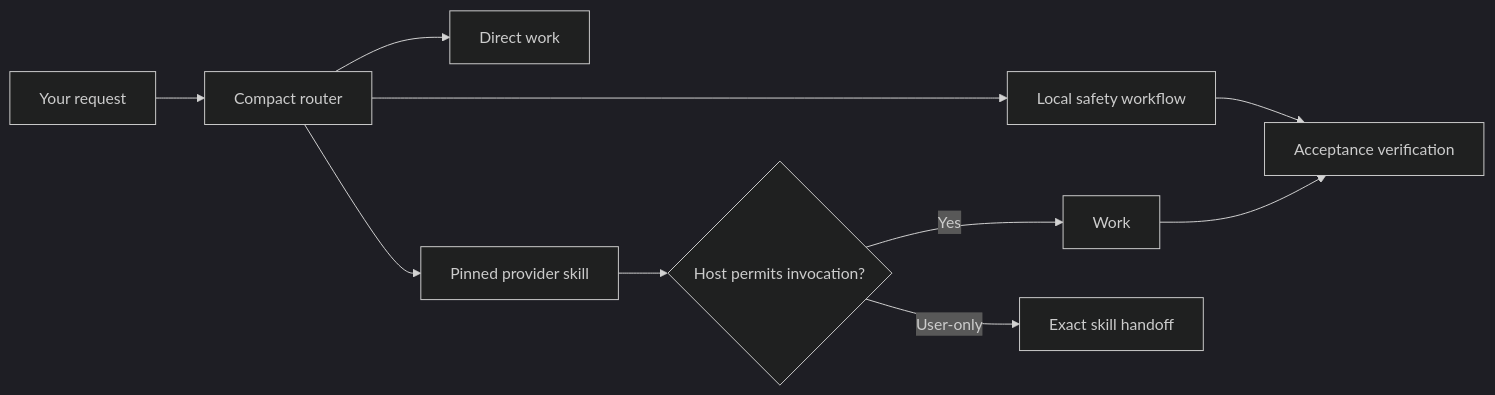
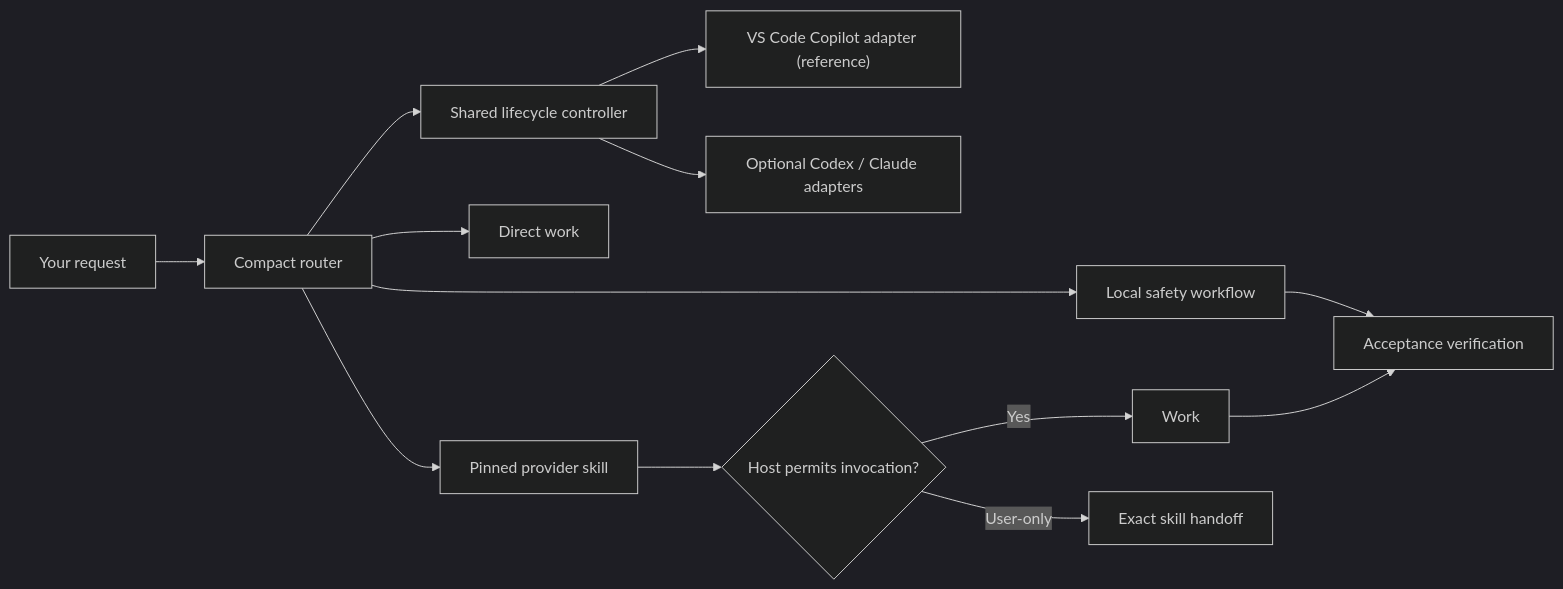
Before and after one commit to jimmfan/agentic-workflow: the diagram in README.md, drawn with Mermaid (dark theme). The commit also changed other lines of this file and 23 other files, not shown here.

````diff
--- a/README.md
+++ b/README.md
@@ -10,12 +10,15 @@
 ```mermaid
 flowchart LR
     request["Your request"] --> router["Compact router"]
+    router --> controller["Shared lifecycle controller"]
+    controller --> vscode["VS Code Copilot adapter (reference)"]
+    controller --> secondary["Optional Codex / Claude adapters"]
     router --> direct["Direct work"]
     router --> local["Local safety workflow"]
     router --> provider["Pinned provider skill"]
     provider --> gate{"Host permits invocation?"}
     gate -->|Yes| work["Work"]
     gate -->|User-only| handoff["Exact skill handoff"]
     local --> verify["Acceptance verification"]
     work --> verify
 ```
````
